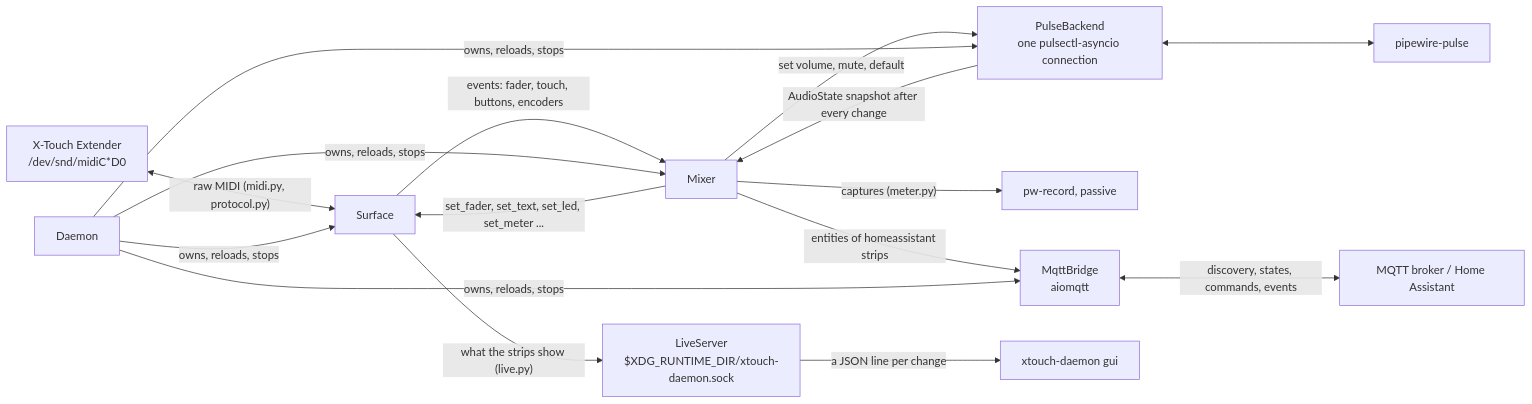
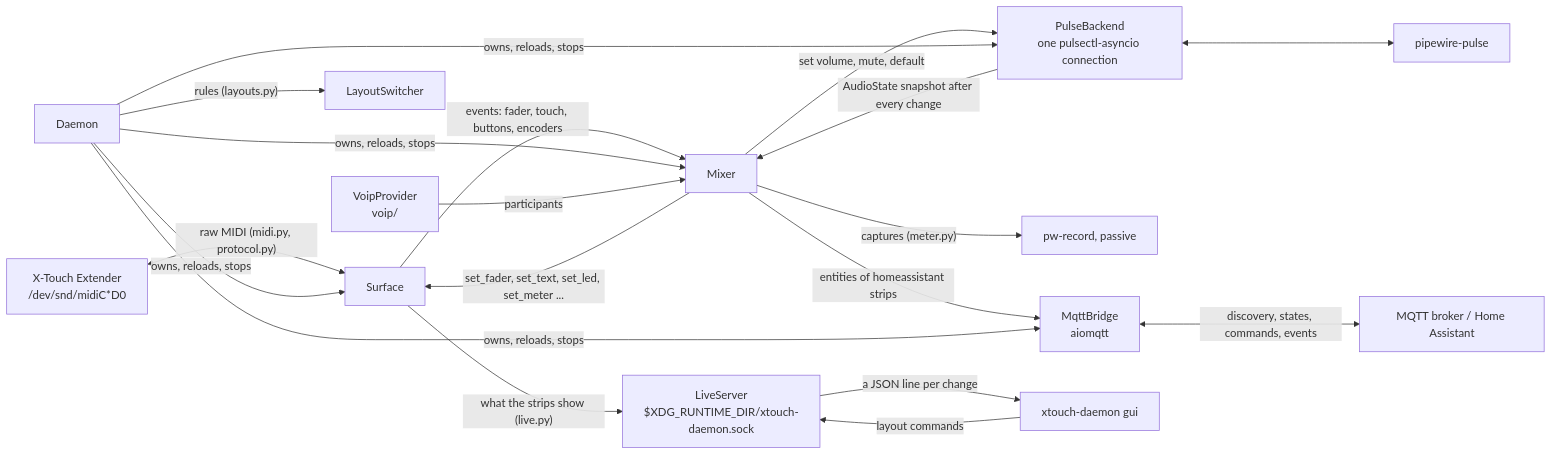
One commit to markusressel/xtouch-daemon changed the diagram in docs/architecture.md. Above: the diagram before and after it, drawn with Mermaid. The commit also changed other lines of this file and 37 other files, not shown here.

First line of the commit message:
Layouts: switchable sets of strips, and voip strips

````diff
--- a/docs/architecture.md
+++ b/docs/architecture.md
@@ -6,15 +6,18 @@
 ```mermaid
 graph LR
     Device[X-Touch Extender<br/>/dev/snd/midiC*D0] <-- "raw MIDI (midi.py, protocol.py)" --> Surface
     Surface -- "events: fader, touch, buttons, encoders" --> Mixer
     Mixer -- "set_fader, set_text, set_led, set_meter ..." --> Surface
     Backend[PulseBackend<br/>one pulsectl-asyncio connection] -- "AudioState snapshot after every change" --> Mixer
     Mixer -- "set volume, mute, default" --> Backend
     Backend <--> Sound[pipewire-pulse]
     Mixer -- "captures (meter.py)" --> PwRecord[pw-record, passive]
     Mixer -- "entities of homeassistant strips" --> Bridge[MqttBridge<br/>aiomqtt]
     Bridge <-- "discovery, states, commands, events" --> Broker[MQTT broker / Home Assistant]
     Daemon -- "owns, reloads, stops" --> Surface & Backend & Mixer & Bridge
     Surface -- "what the strips show (live.py)" --> Live[LiveServer<br/>$XDG_RUNTIME_DIR/xtouch-daemon.sock]
     Live -- "a JSON line per change" --> GUI[xtouch-daemon gui]
+    GUI -- "layout commands" --> Live
+    Daemon -- "rules (layouts.py)" --> Switcher[LayoutSwitcher]
+    Voip[VoipProvider<br/>voip/] -- "participants" --> Mixer
 ```
````
